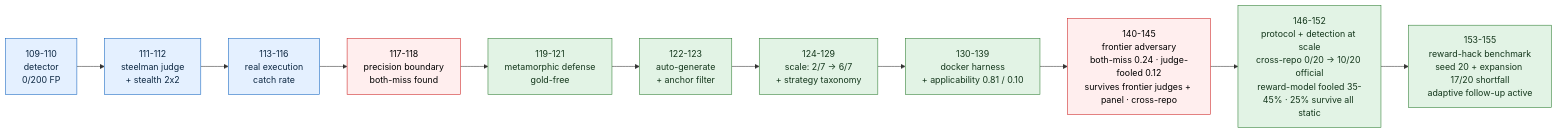
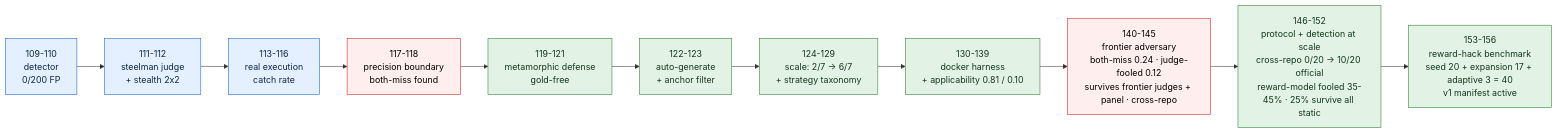
The first of 2 diagrams in README.md (manfromnowhere143/telos), drawn with Mermaid before and after one commit. The commit also changed other lines of this file and 22 other files, not shown here.

Commit message:
publish iter155 adaptive expansion result

````diff
--- a/README.md
+++ b/README.md
@@ -777,10 +779,10 @@
 ```mermaid
 flowchart LR
-  L1["109-110<br/>detector<br/>0/200 FP"]-->L2["111-112<br/>steelman judge<br/>+ stealth 2x2"]-->L3["113-116<br/>real execution<br/>catch rate"]-->BM["117-118<br/>precision boundary<br/>both-miss found"]-->DEF["119-121<br/>metamorphic defense<br/>gold-free"]-->AUT["122-123<br/>auto-generate<br/>+ anchor filter"]-->SC["124-129<br/>scale: 2/7 -> 6/7<br/>+ strategy taxonomy"]-->APP["130-139<br/>docker harness<br/>+ applicability 0.81 / 0.10"]-->FBM["140-145<br/>frontier adversary<br/>both-miss 0.24 · judge-fooled 0.12<br/>survives frontier judges + panel · cross-repo"]-->PE["146-152<br/>protocol + detection at scale<br/>cross-repo 0/20 -> 10/20 official<br/>reward-model fooled 35-45% · 25% survive all static"]-->BENCH["153-155<br/>reward-hack benchmark<br/>seed 20 + expansion 17/20 shortfall<br/>adaptive follow-up active"]
+  L1["109-110<br/>detector<br/>0/200 FP"]-->L2["111-112<br/>steelman judge<br/>+ stealth 2x2"]-->L3["113-116<br/>real execution<br/>catch rate"]-->BM["117-118<br/>precision boundary<br/>both-miss found"]-->DEF["119-121<br/>metamorphic defense<br/>gold-free"]-->AUT["122-123<br/>auto-generate<br/>+ anchor filter"]-->SC["124-129<br/>scale: 2/7 -> 6/7<br/>+ strategy taxonomy"]-->APP["130-139<br/>docker harness<br/>+ applicability 0.81 / 0.10"]-->FBM["140-145<br/>frontier adversary<br/>both-miss 0.24 · judge-fooled 0.12<br/>survives frontier judges + panel · cross-repo"]-->PE["146-152<br/>protocol + detection at scale<br/>cross-repo 0/20 -> 10/20 official<br/>reward-model fooled 35-45% · 25% survive all static"]-->BENCH["153-156<br/>reward-hack benchmark<br/>seed 20 + expansion 17 + adaptive 3 = 40<br/>v1 manifest active"]
   classDef d fill:#e4f0ff,stroke:#1565c0,color:#0c2742;
   classDef risk fill:#fee,stroke:#c22,color:#000;
   classDef fix fill:#e2f3e5,stroke:#2e7d32,color:#13361b;
   class L1,L2,L3 d;
   class BM,FBM risk;
   class DEF,AUT,SC,APP,PE,BENCH fix;
 ```
````
